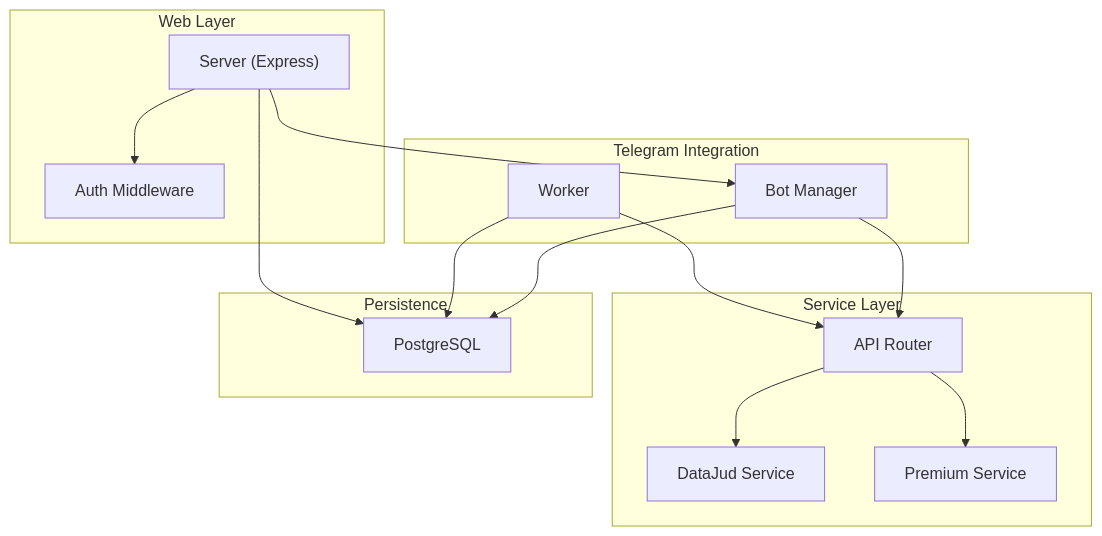
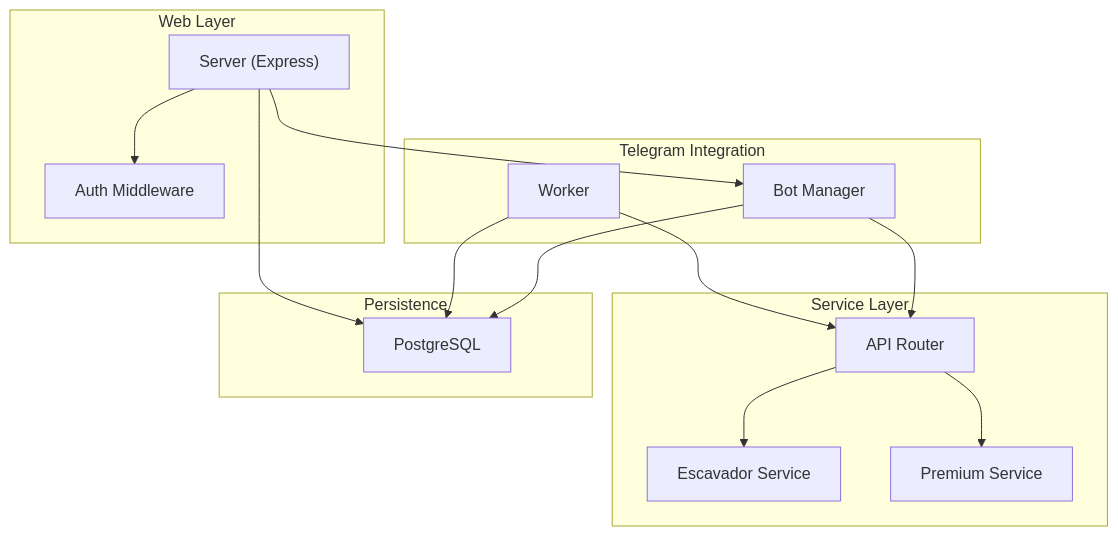
One commit to Alexandrexicara/bot-processos changed the first of 10 diagrams in .qoder/repowiki/en/content/API Integration Layer/Fallback and Error Handling.md. Above: the diagram before and after it, drawn with Mermaid. The commit also changed other lines of this file and 5 other files, not shown here.

````diff
--- a/.qoder/repowiki/en/content/API Integration Layer/Fallback and Error Handling.md
+++ b/.qoder/repowiki/en/content/API Integration Layer/Fallback and Error Handling.md
@@ -39,28 +51,28 @@
 ```mermaid
 graph TB
 subgraph "Web Layer"
 S["Server (Express)"]
 A["Auth Middleware"]
 end
 subgraph "Telegram Integration"
 BM["Bot Manager"]
 W["Worker"]
 end
 subgraph "Service Layer"
-DJ["DataJud Service"]
+ES["Escavador Service"]
 PR["Premium Service"]
 AR["API Router"]
 end
 subgraph "Persistence"
 DB["PostgreSQL"]
 end
 S --> A
 S --> BM
 BM --> AR
 W --> AR
-AR --> DJ
+AR --> ES
 AR --> PR
 BM --> DB
 W --> DB
 S --> DB
 ```
````
